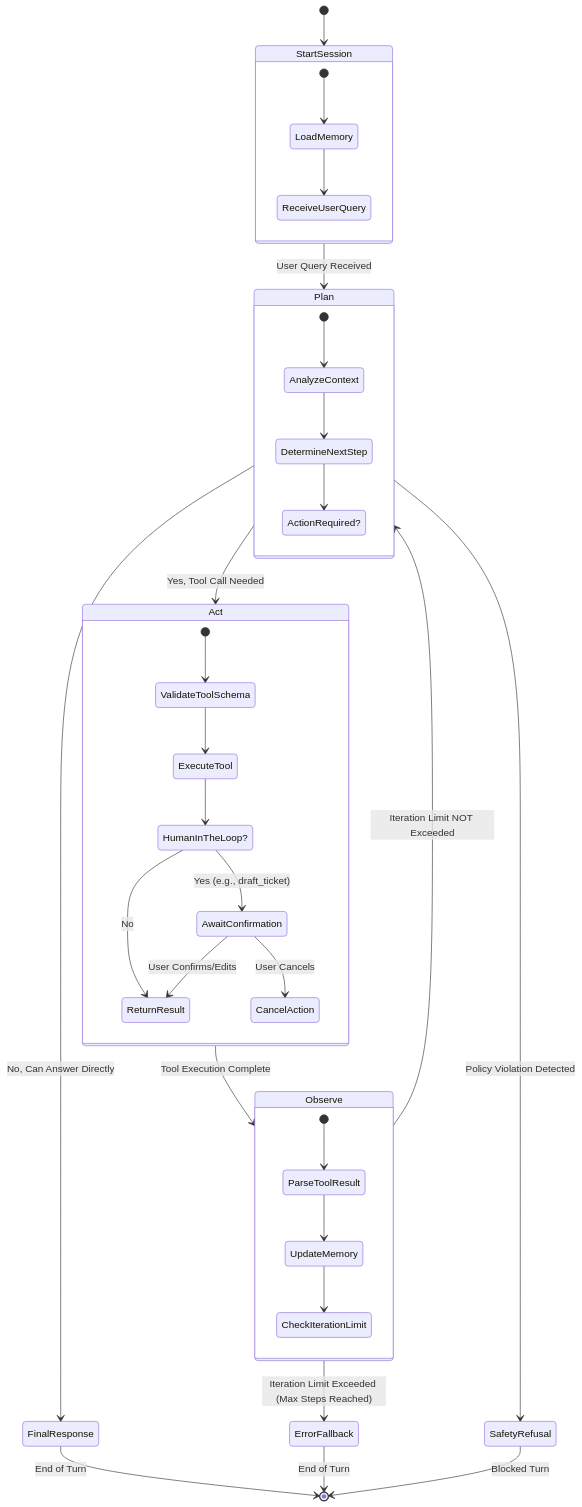
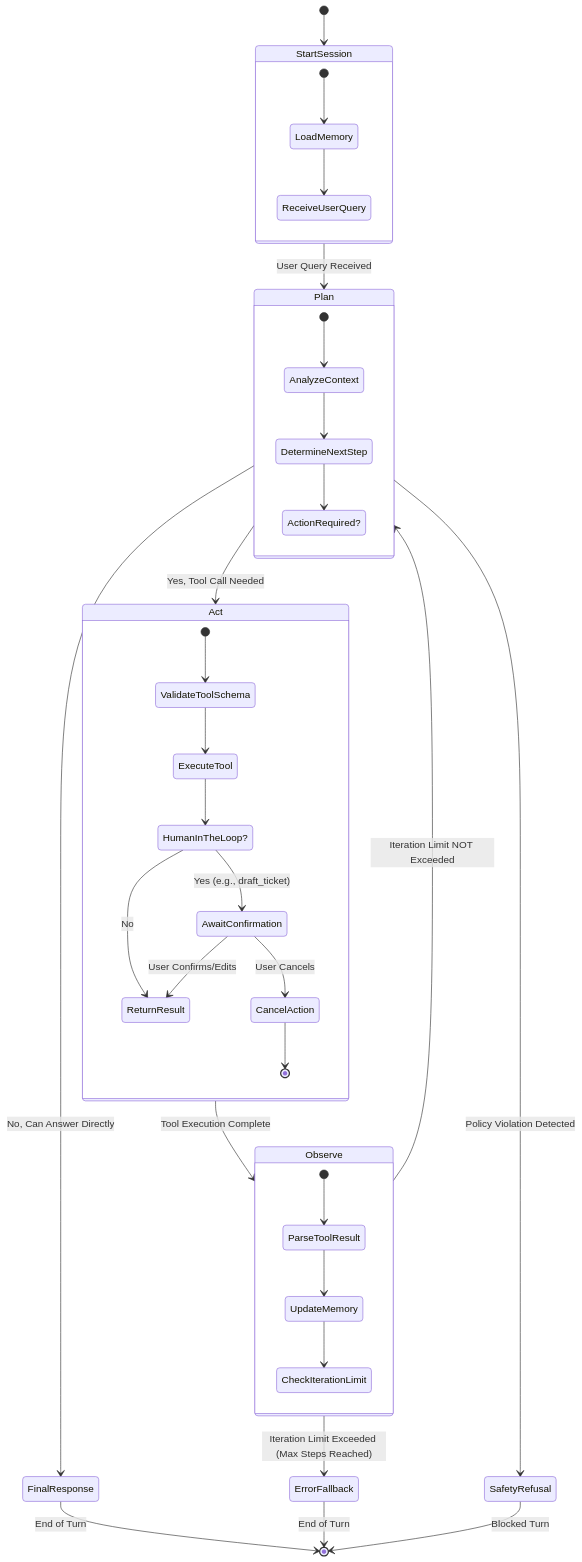
One commit to mavn-bussiness/Makerere-Student-Support-Agent changed the diagram in docs/execution_graph.md. Above: the diagram before and after it, drawn with Mermaid. The commit also changed other lines of this file and 18 other files, not shown here.

Commit message:
feat: complete end-to-end implementation of all core architectural components

````diff
--- a/docs/execution_graph.md
+++ b/docs/execution_graph.md
@@ -7,50 +7,51 @@
 ```mermaid
 stateDiagram-v2
     [*] --> StartSession
 
     state StartSession {
         [*] --> LoadMemory
         LoadMemory --> ReceiveUserQuery
     }
 
     StartSession --> Plan : User Query Received
 
     state Plan {
         [*] --> AnalyzeContext
         AnalyzeContext --> DetermineNextStep
         DetermineNextStep --> ActionRequired?
     }
 
     Plan --> Act : Yes, Tool Call Needed
     Plan --> FinalResponse : No, Can Answer Directly
 
     state Act {
         [*] --> ValidateToolSchema
         ValidateToolSchema --> ExecuteTool
         ExecuteTool --> HumanInTheLoop?
         
         HumanInTheLoop? --> AwaitConfirmation : Yes (e.g., draft_ticket)
         HumanInTheLoop? --> ReturnResult : No
         
         AwaitConfirmation --> ReturnResult : User Confirms/Edits
         AwaitConfirmation --> CancelAction : User Cancels
+        CancelAction --> [*]
     }
     
     Act --> Observe : Tool Execution Complete
 
     state Observe {
         [*] --> ParseToolResult
         ParseToolResult --> UpdateMemory
         UpdateMemory --> CheckIterationLimit
     }
 
     Observe --> Plan : Iteration Limit NOT Exceeded
     Observe --> ErrorFallback : Iteration Limit Exceeded (Max Steps Reached)
 
     FinalResponse --> [*] : End of Turn
     ErrorFallback --> [*] : End of Turn
     
     %% Guardrail Injections
     Plan --> SafetyRefusal : Policy Violation Detected
     SafetyRefusal --> [*] : Blocked Turn
 ```
````
